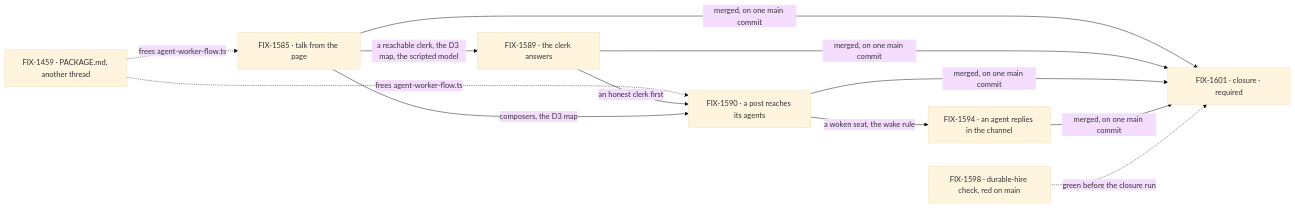
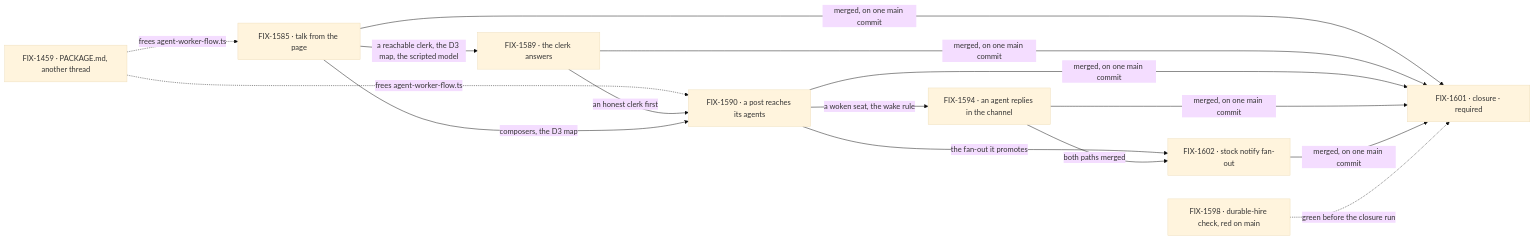
The second of 2 diagrams in specs/epics/FIX-1592/SPEC.md (fixpoint-labs/flow-state-dev), drawn with Mermaid (base theme) before and after one commit. The commit also changed other lines of this file and 6 other files, not shown here.

First line of the commit message:
spec(epic FIX-1592): add FIX-1602, stock notify fan-out

````diff
--- a/specs/epics/FIX-1592/SPEC.md
+++ b/specs/epics/FIX-1592/SPEC.md
@@ -95,11 +96,13 @@
 ```mermaid
 flowchart LR
   I["FIX-1459 · PACKAGE.md, another thread"] -.->|"frees agent-worker-flow.ts"| A
   I -.->|"frees agent-worker-flow.ts"| B
   A["FIX-1585 · talk from the page"] -->|"a reachable clerk, the D3 map, the scripted model"| D["FIX-1589 · the clerk answers"]
   D -->|"an honest clerk first"| B["FIX-1590 · a post reaches its agents"]
   A -->|"composers, the D3 map"| B
   B -->|"a woken seat, the wake rule"| C["FIX-1594 · an agent replies in the channel"]
-  A & D & B & C -->|"merged, on one main commit"| Z["FIX-1601 · closure · required"]
+  B -->|"the fan-out it promotes"| F["FIX-1602 · stock notify fan-out"]
+  C -->|"both paths merged"| F
+  A & D & B & C & F -->|"merged, on one main commit"| Z["FIX-1601 · closure · required"]
   X["FIX-1598 · durable-hire check, red on main"] -.->|"green before the closure run"| Z
 ```
````
